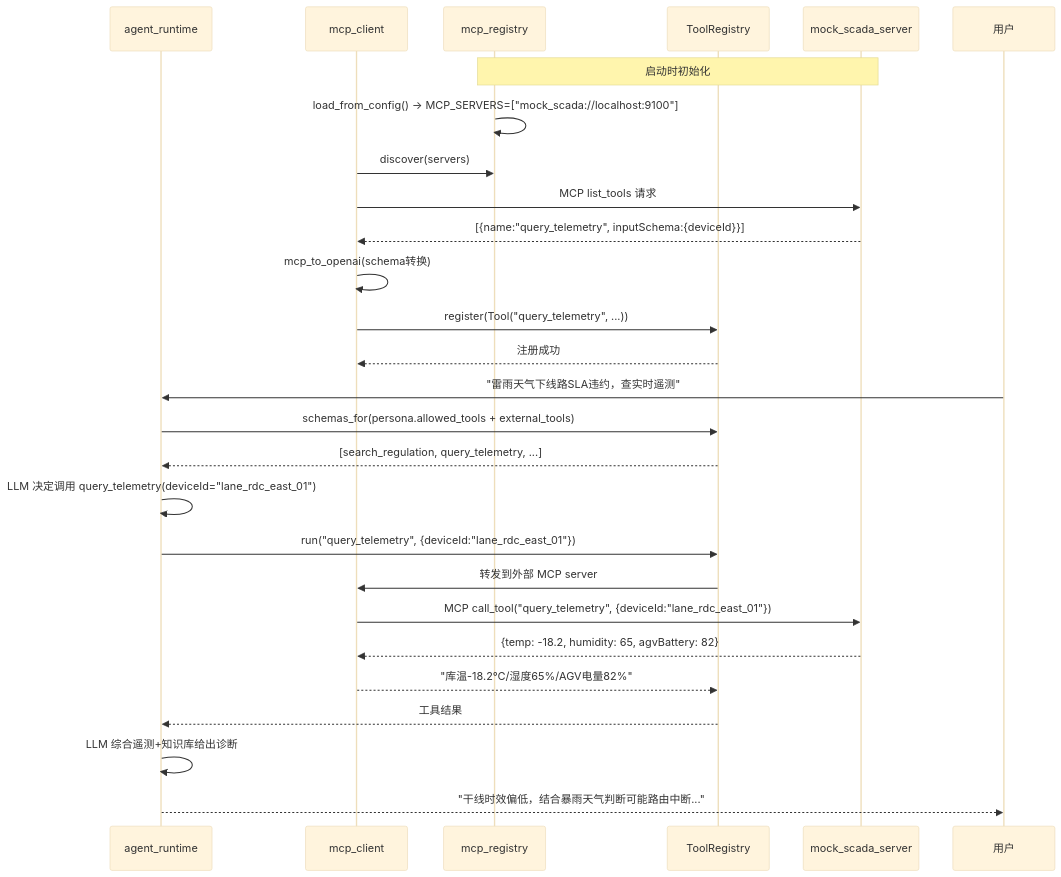
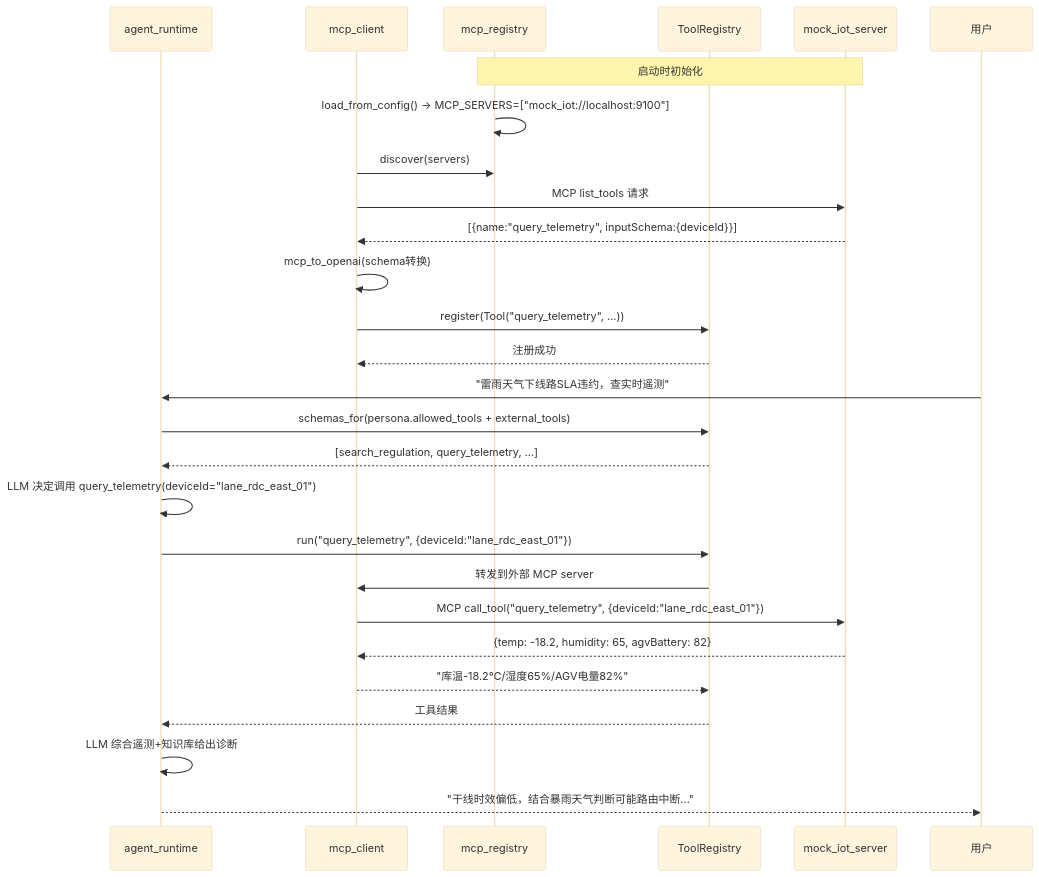
One commit to wly-163/logiqa changed the third of 6 diagrams in docs/superpowers/plans/N1-N4-architecture.md. Above: the diagram before and after it, drawn with Mermaid (base theme). The commit also changed other lines of this file and 9 other files, not shown here.

````diff
--- a/docs/superpowers/plans/N1-N4-architecture.md
+++ b/docs/superpowers/plans/N1-N4-architecture.md
@@ -412,31 +412,31 @@
 ```mermaid
 sequenceDiagram
     participant AR as agent_runtime
     participant MC as mcp_client
     participant MR as mcp_registry
     participant TR as ToolRegistry
-    participant MS as mock_scada_server
+    participant MS as mock_iot_server
     participant U as 用户
 
     Note over MR,MS: 启动时初始化
-    MR->>MR: load_from_config() → MCP_SERVERS=["mock_scada://localhost:9100"]
+    MR->>MR: load_from_config() → MCP_SERVERS=["mock_iot://localhost:9100"]
     MC->>MR: discover(servers)
     MC->>MS: MCP list_tools 请求
     MS-->>MC: [{name:"query_telemetry", inputSchema:{deviceId}}]
     MC->>MC: mcp_to_openai(schema转换)
     MC->>TR: register(Tool("query_telemetry", ...))
     TR-->>MC: 注册成功
 
     U->>AR: "雷雨天气下线路SLA违约，查实时遥测"
     AR->>TR: schemas_for(persona.allowed_tools + external_tools)
     TR-->>AR: [search_regulation, query_telemetry, ...]
     AR->>AR: LLM 决定调用 query_telemetry(deviceId="lane_rdc_east_01")
     AR->>TR: run("query_telemetry", {deviceId:"lane_rdc_east_01"})
     TR->>MC: 转发到外部 MCP server
     MC->>MS: MCP call_tool("query_telemetry", {deviceId:"lane_rdc_east_01"})
     MS-->>MC: {temp: -18.2, humidity: 65, agvBattery: 82}
     MC-->>TR: "库温-18.2℃/湿度65%/AGV电量82%"
     TR-->>AR: 工具结果
     AR->>AR: LLM 综合遥测+知识库给出诊断
     AR-->>U: "干线时效偏低，结合暴雨天气判断可能路由中断..."
 ```
````
